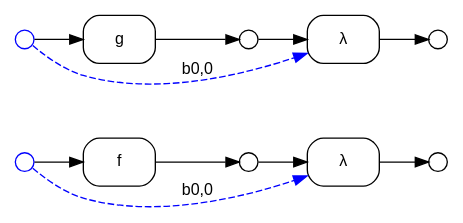
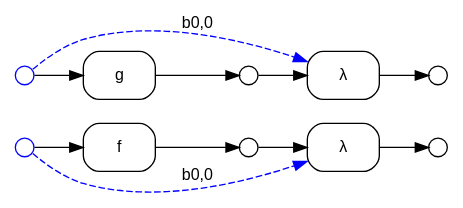
The diagram in safety_safe_sibling_lambdas.dot (ammatsui/bhypvis), drawn with Graphviz before and after one commit. The commit also changed other lines of this file and 765 other files, not shown here.

```diff
--- a/safety_safe_sibling_lambdas.dot
+++ b/safety_safe_sibling_lambdas.dot
@@ -1,35 +1,35 @@
 digraph G {
   fontname="Helvetica"
   fontsize=12
   rankdir=LR;
   node [fontname="Helvetica", fontsize=12];
   edge [fontname="Helvetica", fontsize=12];
 
   // Nodes
+  n0 [label="", shape=circle, style=filled, fillcolor=white, color="blue", width=0.2, height=0.2, fixedsize=true];
+  n1 [label="", shape=circle, style=filled, fillcolor=white, color="blue", width=0.2, height=0.2, fixedsize=true];
+  n3 [label="", shape=circle, style=filled, fillcolor=white, color="black", width=0.2, height=0.2, fixedsize=true];
+  n2 [label="", shape=circle, style=filled, fillcolor=white, color="black", width=0.2, height=0.2, fixedsize=true];
   n4 [label="", shape=circle, style=filled, fillcolor=white, color="black", width=0.2, height=0.2, fixedsize=true];
-  n1 [label="", shape=circle, style=filled, fillcolor=white, color="blue", width=0.2, height=0.2, fixedsize=true];
-  n0 [label="", shape=circle, style=filled, fillcolor=white, color="blue", width=0.2, height=0.2, fixedsize=true];
   n5 [label="", shape=circle, style=filled, fillcolor=white, color="black", width=0.2, height=0.2, fixedsize=true];
-  n2 [label="", shape=circle, style=filled, fillcolor=white, color="black", width=0.2, height=0.2, fixedsize=true];
-  n3 [label="", shape=circle, style=filled, fillcolor=white, color="black", width=0.2, height=0.2, fixedsize=true];
 
   // Hyperedges
-  e1 [label="g", shape=box, style=rounded, color="black"];
   e3 [label="λ", shape=box, style=rounded, color="black"];
   e0 [label="f", shape=box, style=rounded, color="black"];
   e2 [label="λ", shape=box, style=rounded, color="black"];
+  e1 [label="g", shape=box, style=rounded, color="black"];
 
   // Source connections
-  n1 -> e1 [label=""];
   n3 -> e3 [label=""];
   n1 -> e3 [style=dashed, color="blue", constraint=false, label="b0,0"];
   n0 -> e0 [label=""];
   n2 -> e2 [label=""];
   n0 -> e2 [style=dashed, color="blue", constraint=false, label="b0,0"];
+  n1 -> e1 [label=""];
 
   // Target connections
-  e1 -> n3 [label=""];
   e3 -> n5 [label=""];
   e0 -> n2 [label=""];
   e2 -> n4 [label=""];
+  e1 -> n3 [label=""];
 }
```
